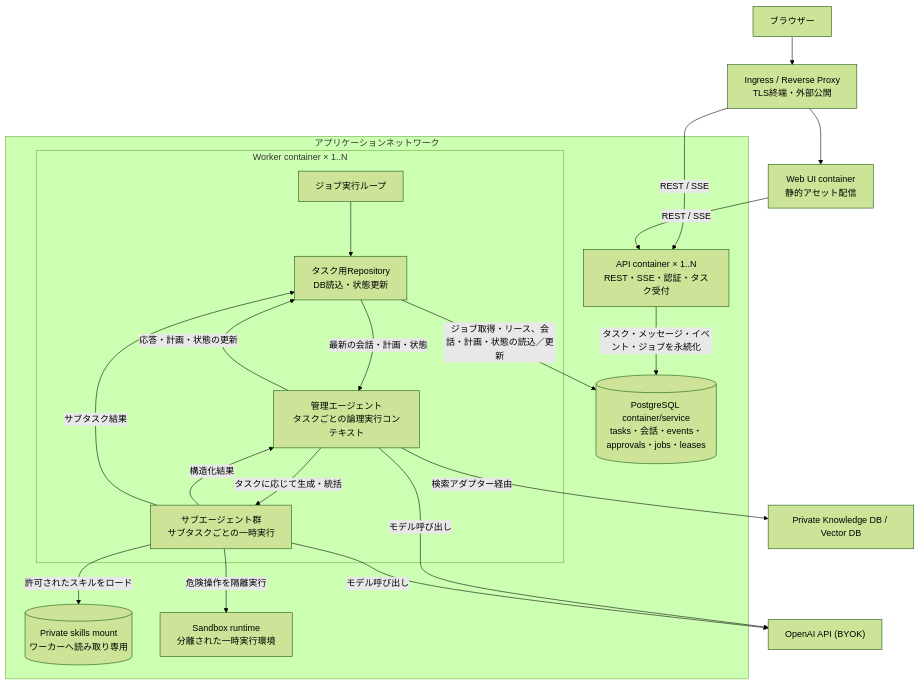
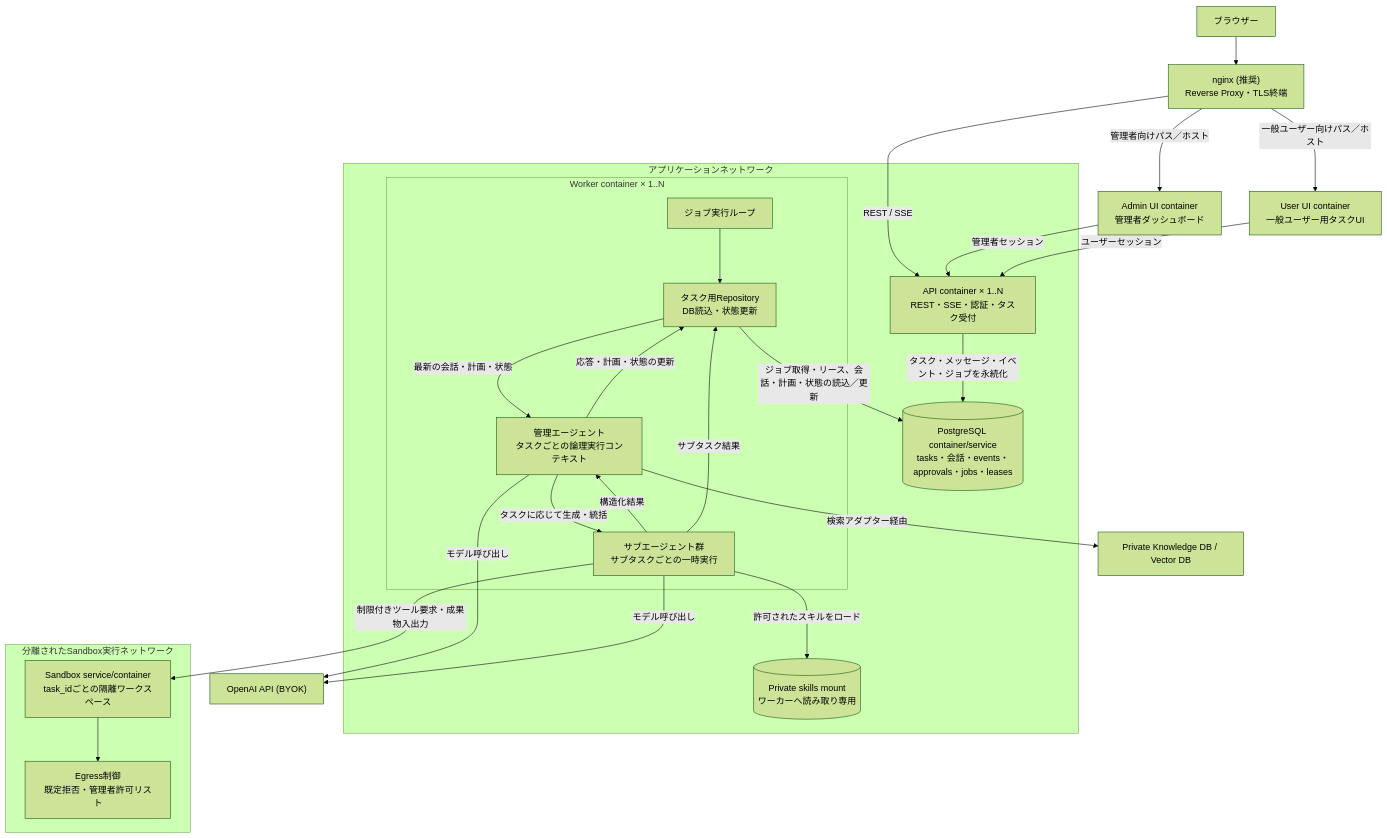
Before and after one commit to ryoma-jp/agent-orchestrator-core: the third of 5 diagrams in dev-jp/01_design.md, drawn with Mermaid (forest theme). The commit also changed other lines of this file, not shown here.

````diff
--- a/dev-jp/01_design.md
+++ b/dev-jp/01_design.md
@@ -193,40 +210,48 @@
 ```mermaid
 flowchart TB
     Browser["ブラウザー"]
-    Ingress["Ingress / Reverse Proxy<br/>TLS終端・外部公開"]
-    Web["Web UI container<br/>静的アセット配信"]
+    Nginx["nginx (推奨)<br/>Reverse Proxy・TLS終端"]
+    AdminUI["Admin UI container<br/>管理者ダッシュボード"]
+    UserUI["User UI container<br/>一般ユーザー用タスクUI"]
 
     subgraph App["アプリケーションネットワーク"]
         API["API container × 1..N<br/>REST・SSE・認証・タスク受付"]
         subgraph Worker["Worker container × 1..N"]
             WorkerLoop["ジョブ実行ループ"]
             TaskRepository["タスク用Repository<br/>DB読込・状態更新"]
             Manager["管理エージェント<br/>タスクごとの論理実行コンテキスト"]
             Subagents["サブエージェント群<br/>サブタスクごとの一時実行"]
             WorkerLoop --> TaskRepository
             TaskRepository -->|最新の会話・計画・状態| Manager
             Manager -->|応答・計画・状態の更新| TaskRepository
             Manager -->|タスクに応じて生成・統括| Subagents
             Subagents -->|構造化結果| Manager
             Subagents -->|サブタスク結果| TaskRepository
         end
         PostgreSQL[("PostgreSQL container/service<br/>tasks・会話・events・approvals・jobs・leases")]
         PrivateSkills[("Private skills mount<br/>ワーカーへ読み取り専用")]
-        Sandbox["Sandbox runtime<br/>分離された一時実行環境"]
+    end
+
+    subgraph SandboxNetwork["分離されたSandbox実行ネットワーク"]
+        Sandbox["Sandbox service/container<br/>task_idごとの隔離ワークスペース"]
+        Egress["Egress制御<br/>既定拒否・管理者許可リスト"]
+        Sandbox --> Egress
     end
 
     OpenAI["OpenAI API (BYOK)"]
     Knowledge["Private Knowledge DB / Vector DB"]
 
-    Browser --> Ingress
-    Ingress --> Web
-    Ingress -->|REST / SSE| API
-    Web -->|REST / SSE| API
+    Browser --> Nginx
+    Nginx -->|管理者向けパス／ホスト| AdminUI
+    Nginx -->|一般ユーザー向けパス／ホスト| UserUI
+    Nginx -->|REST / SSE| API
+    AdminUI -->|管理者セッション| API
+    UserUI -->|ユーザーセッション| API
     API -->|タスク・メッセージ・イベント・ジョブを永続化| PostgreSQL
     TaskRepository -->|ジョブ取得・リース、会話・計画・状態の読込／更新| PostgreSQL
     Manager -->|モデル呼び出し| OpenAI
     Subagents -->|モデル呼び出し| OpenAI
     Subagents -->|許可されたスキルをロード| PrivateSkills
-    Subagents -->|危険操作を隔離実行| Sandbox
+    Subagents -->|制限付きツール要求・成果物入出力| Sandbox
     Manager -->|検索アダプター経由| Knowledge
 ```
````
